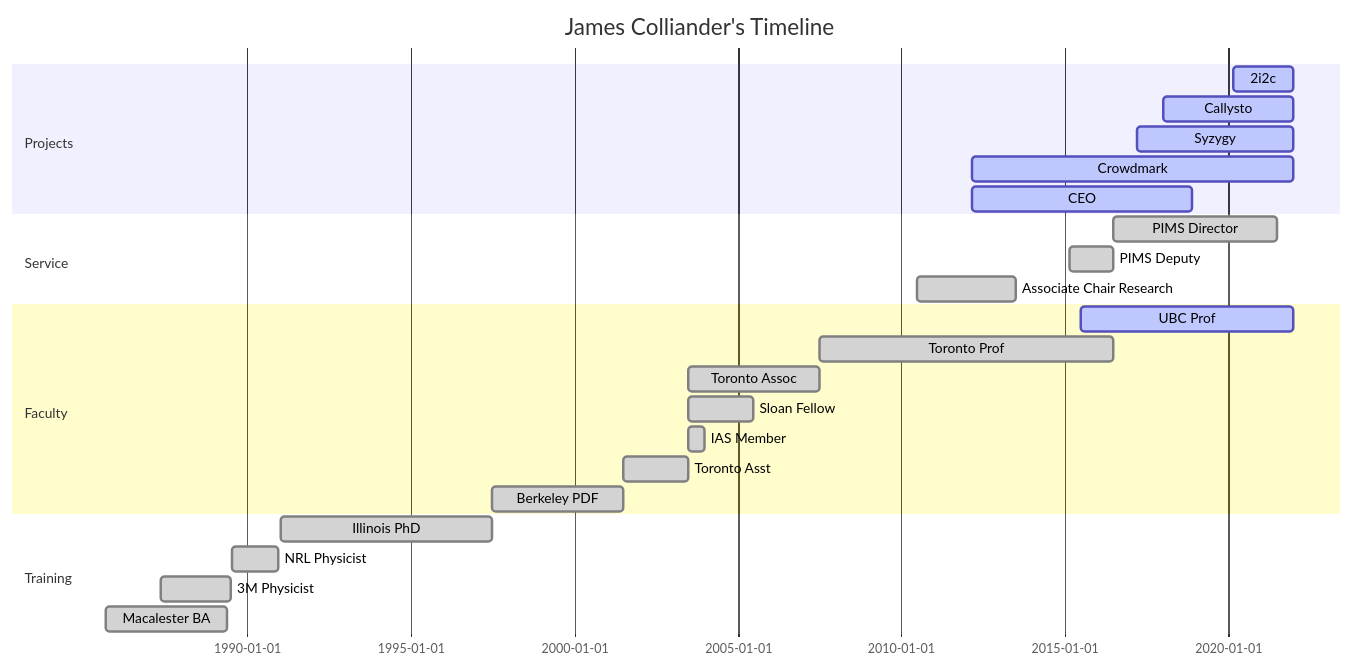
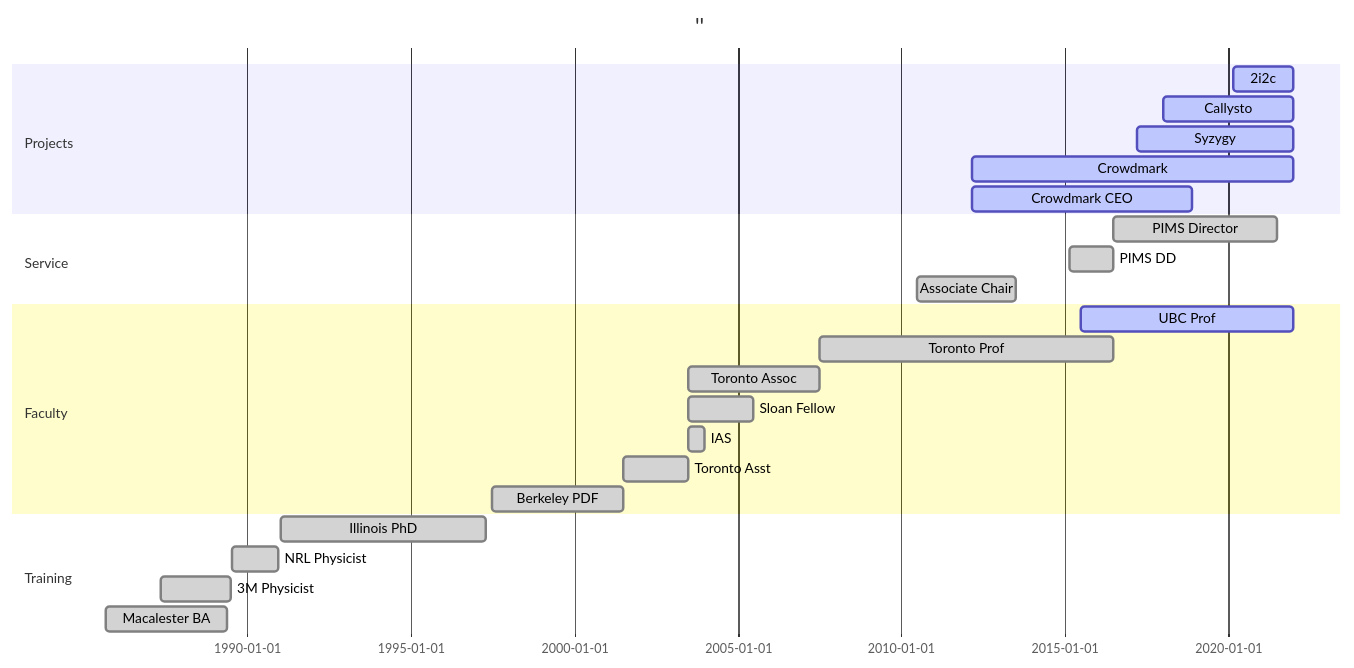
Before and after one commit to colliand/colliand-academic: the diagram in content/home/gantt.md, drawn with Mermaid. The commit also changed other lines of this file and 4 other files, not shown here.

Commit message:
progress on experience and timeline

````diff
--- a/content/home/gantt.md
+++ b/content/home/gantt.md
@@ -8,28 +14,28 @@
 ```mermaid
 gantt
     dateFormat  YYYY-MM-DD
-    title       James Colliander's Timeline
+    title       ''
     section Projects
     2i2c  :active, p5, 2020-02-25,2021-12-31
     Callysto :active, p4, 2018-01-15,2021-12-31
     Syzygy :active, p3, 2017-03-15, 2021-12-31
     Crowdmark :active, p2, 2012-03-01, 2021-12-31
-    CEO :active, p1, 2012-03-01, 2018-11-30
+    Crowdmark CEO :active, p1, 2012-03-01, 2018-11-30
     section Service 
     PIMS Director :done, a4, 2016-07-01, 2021-06-30
-    PIMS Deputy :done, a3, 2015-03-01, 2016-06-30
-    Associate Chair Research :done, a2, 2010-07-01, 2013-06-30
+    PIMS DD :done, a3, 2015-03-01, 2016-06-30
+    Associate Chair :done, a2, 2010-07-01, 2013-06-30
     section Faculty
     UBC Prof      :active, f6, 2015-07-01, 2021-12-31
     Toronto Prof  :done, f5, 2007-07-01, 2016-06-30
     Toronto Assoc :done, f2, 2003-07-01,2007-06-30
     Sloan Fellow  :done, f3, 2003-07-01, 2005-06-30
-    IAS Member    :done, f4, 2003-07-01, 2003-12-31 
+    IAS    :done, f4, 2003-07-01, 2003-12-31 
     Toronto Asst  :done, f1, 2001-07-03, 2003-06-30
     Berkeley PDF  :done, t5, 1997-07-01, 2001-06-30
     section Training
-    Illinois PhD  :done, t4, 1991-01-15, 1997-06-30
+    Illinois PhD  :done, t4, 1991-01-15, 1997-04-15
     NRL Physicist :done, t3, 1989-07-15, 1990-12-15 
     3M Physicist     :done, t2, 1987-05-15, 1989-06-30
     Macalester BA :done, t1, 1985-09-01, 1989-05-15
 ```
````
